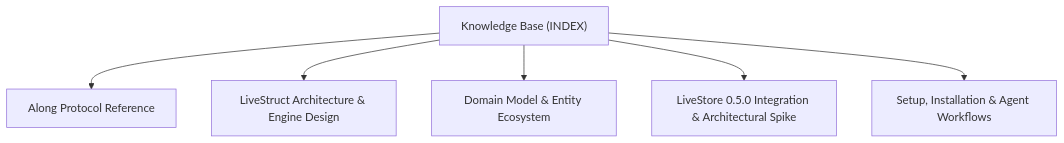
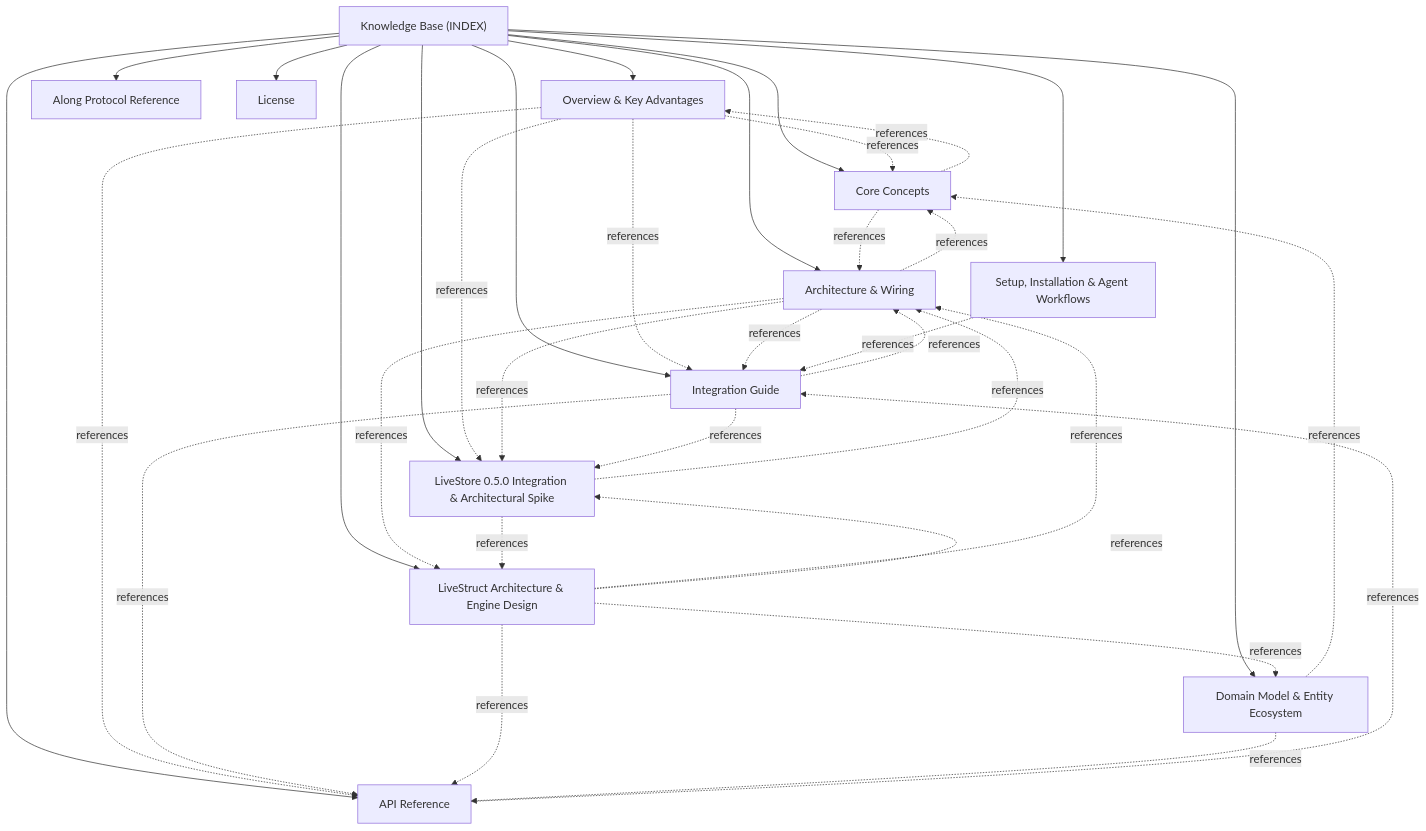
One commit to actdim/livestruct changed the diagram in docs/INDEX.md. Above: the diagram before and after it, drawn with Mermaid. The commit also changed other lines of this file and 21 other files, not shown here.

````diff
--- a/docs/INDEX.md
+++ b/docs/INDEX.md
@@ -17,14 +17,49 @@
 ```mermaid
 flowchart TD
     INDEX["Knowledge Base (INDEX)"]
+    T_01_OVERVIEW_AND_ADVANTAGES["Overview & Key Advantages"]
+    INDEX --> T_01_OVERVIEW_AND_ADVANTAGES
+    T_02_CORE_CONCEPTS["Core Concepts"]
+    INDEX --> T_02_CORE_CONCEPTS
+    T_03_ARCHITECTURE_AND_WIRING["Architecture & Wiring"]
+    INDEX --> T_03_ARCHITECTURE_AND_WIRING
+    T_04_INTEGRATION_GUIDE["Integration Guide"]
+    INDEX --> T_04_INTEGRATION_GUIDE
+    T_05_API_REFERENCE["API Reference"]
+    INDEX --> T_05_API_REFERENCE
     T_ALONG_PROTOCOL["Along Protocol Reference"]
     INDEX --> T_ALONG_PROTOCOL
     T_ARCHITECTURE["LiveStruct Architecture & Engine Design"]
     INDEX --> T_ARCHITECTURE
     T_DOMAIN_MODEL["Domain Model & Entity Ecosystem"]
     INDEX --> T_DOMAIN_MODEL
+    T_LICENSE["License"]
+    INDEX --> T_LICENSE
     T_LIVESTORE_INTEGRATION["LiveStore 0.5.0 Integration & Architectural Spike"]
     INDEX --> T_LIVESTORE_INTEGRATION
     T_SETUP_AND_WORKFLOW["Setup, Installation & Agent Workflows"]
     INDEX --> T_SETUP_AND_WORKFLOW
+    T_01_OVERVIEW_AND_ADVANTAGES -.->|references| T_02_CORE_CONCEPTS
+    T_01_OVERVIEW_AND_ADVANTAGES -.->|references| T_LIVESTORE_INTEGRATION
+    T_01_OVERVIEW_AND_ADVANTAGES -.->|references| T_04_INTEGRATION_GUIDE
+    T_01_OVERVIEW_AND_ADVANTAGES -.->|references| T_05_API_REFERENCE
+    T_02_CORE_CONCEPTS -.->|references| T_01_OVERVIEW_AND_ADVANTAGES
+    T_02_CORE_CONCEPTS -.->|references| T_03_ARCHITECTURE_AND_WIRING
+    T_03_ARCHITECTURE_AND_WIRING -.->|references| T_02_CORE_CONCEPTS
+    T_03_ARCHITECTURE_AND_WIRING -.->|references| T_04_INTEGRATION_GUIDE
+    T_03_ARCHITECTURE_AND_WIRING -.->|references| T_ARCHITECTURE
+    T_03_ARCHITECTURE_AND_WIRING -.->|references| T_LIVESTORE_INTEGRATION
+    T_04_INTEGRATION_GUIDE -.->|references| T_03_ARCHITECTURE_AND_WIRING
+    T_04_INTEGRATION_GUIDE -.->|references| T_05_API_REFERENCE
+    T_04_INTEGRATION_GUIDE -.->|references| T_LIVESTORE_INTEGRATION
+    T_05_API_REFERENCE -.->|references| T_04_INTEGRATION_GUIDE
+    T_ARCHITECTURE -.->|references| T_03_ARCHITECTURE_AND_WIRING
+    T_ARCHITECTURE -.->|references| T_DOMAIN_MODEL
+    T_ARCHITECTURE -.->|references| T_LIVESTORE_INTEGRATION
+    T_ARCHITECTURE -.->|references| T_05_API_REFERENCE
+    T_DOMAIN_MODEL -.->|references| T_02_CORE_CONCEPTS
+    T_DOMAIN_MODEL -.->|references| T_05_API_REFERENCE
+    T_LIVESTORE_INTEGRATION -.->|references| T_ARCHITECTURE
+    T_LIVESTORE_INTEGRATION -.->|references| T_03_ARCHITECTURE_AND_WIRING
+    T_SETUP_AND_WORKFLOW -.->|references| T_04_INTEGRATION_GUIDE
 ```
````
